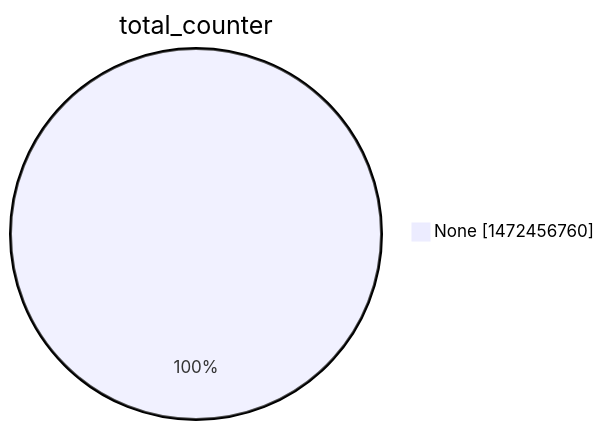
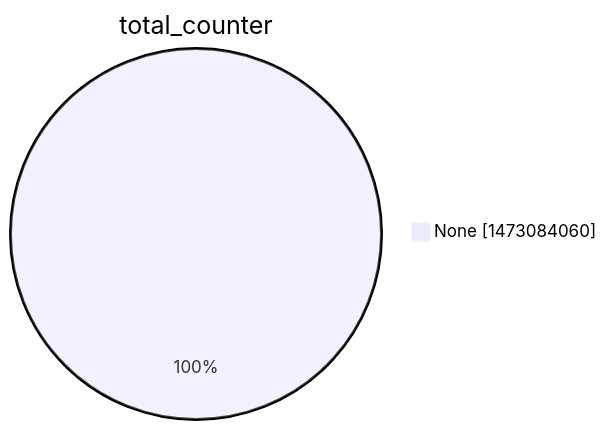
Before and after one commit to christiankrug/ctmonitor_visualization: the second of 15 diagrams in argon2022/README.md, drawn with Mermaid. The commit also changed other lines of this file, not shown here.

````diff
--- a/argon2022/README.md
+++ b/argon2022/README.md
@@ -9,5 +9,5 @@
 ```mermaid
 pie showData
 title total_counter
-"None" :1472456760
+"None" :1473084060
 ```
````
